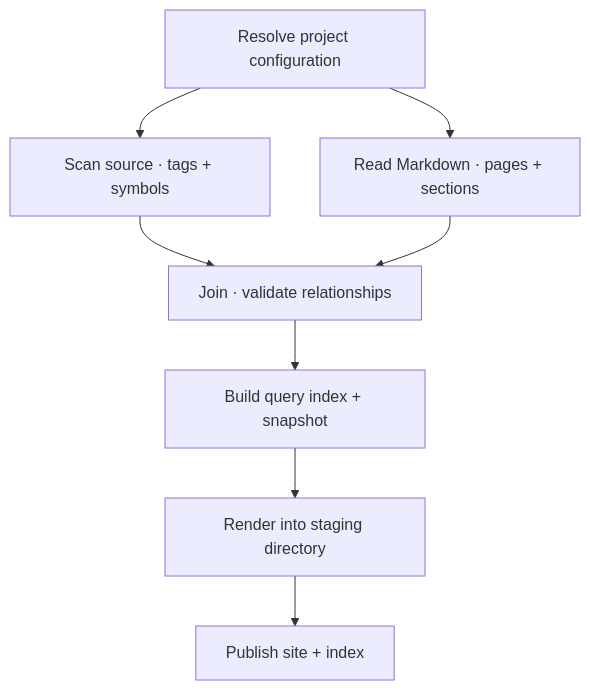
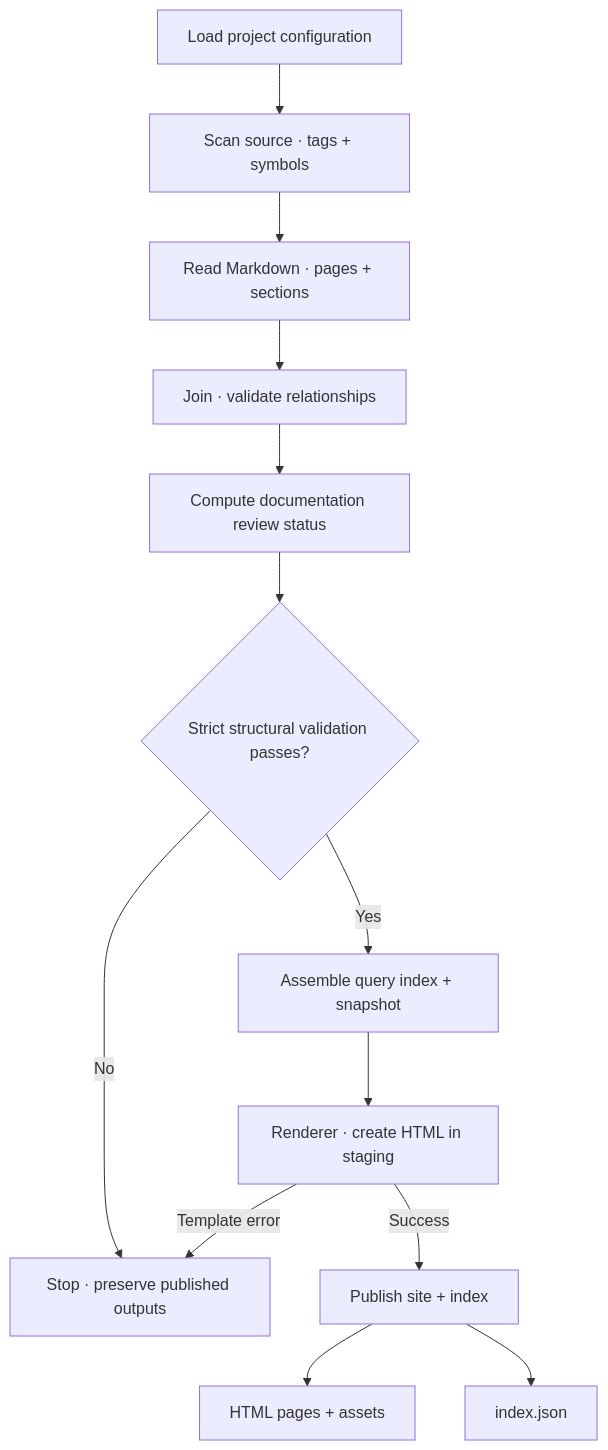
The diagram in codewiki/wiki/build.md (Lizhou31/codewiki), drawn with Mermaid before and after one commit. The commit also changed other lines of this file and 14 other files, not shown here.

First line of the commit message:
docs: Add review documents and update architecture and build guides

````diff
--- a/codewiki/wiki/build.md
+++ b/codewiki/wiki/build.md
@@ -30,10 +41,15 @@
 ```mermaid
 flowchart TB
-  config["Resolve project configuration"] --> scan["Scan source · tags + symbols"]
-  config --> parse["Read Markdown · pages + sections"]
-  scan --> validate["Join · validate relationships"]
-  parse --> validate
-  validate --> index["Build query index + snapshot"]
-  index --> render["Render into staging directory"]
-  render --> publish["Publish site + index"]
+  config["Load project configuration"] --> scan["Scan source · tags + symbols"]
+  scan --> parse["Read Markdown · pages + sections"]
+  parse --> validate["Join · validate relationships"]
+  validate --> review_status["Compute documentation review status"]
+  review_status --> gate{"Strict structural validation passes?"}
+  gate -->|No| stop["Stop · preserve published outputs"]
+  gate -->|Yes| index["Assemble query index + snapshot"]
+  index --> render["Renderer · create HTML in staging"]
+  render -->|Success| publish["Publish site + index"]
+  render -->|Template error| stop
+  publish --> html_pages["HTML pages + assets"]
+  publish --> query_index["index.json"]
 ```
````
